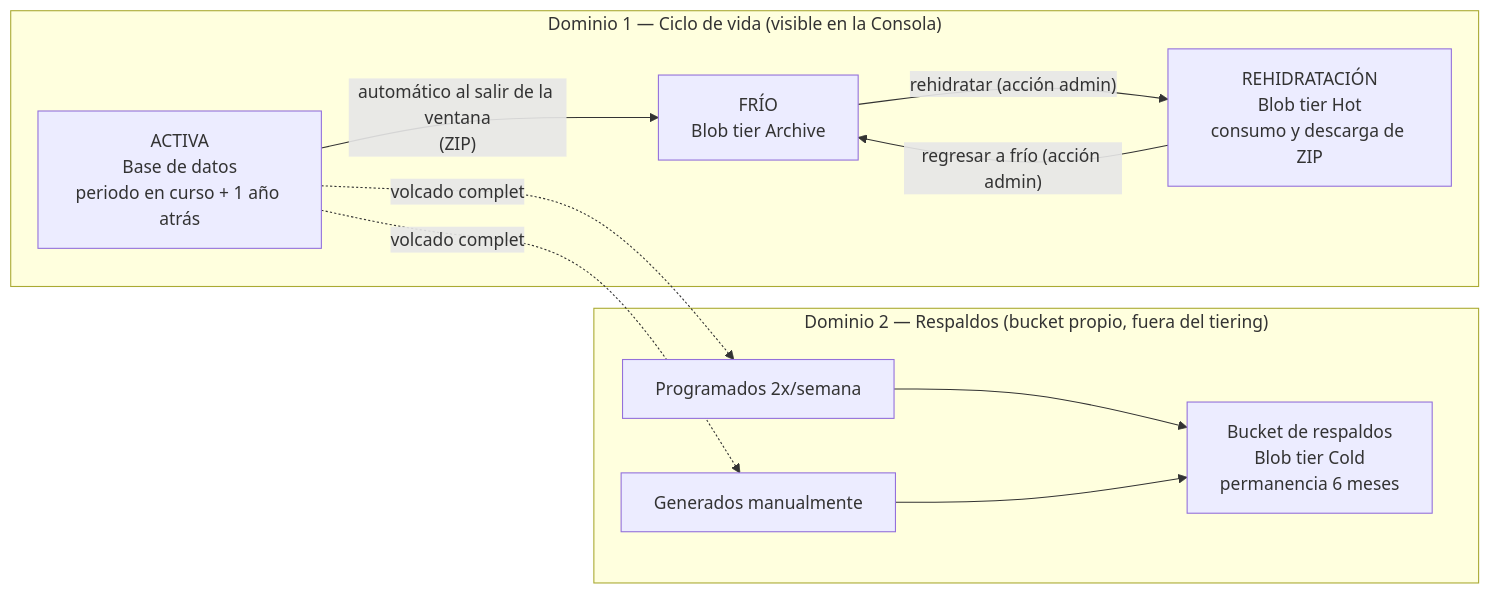
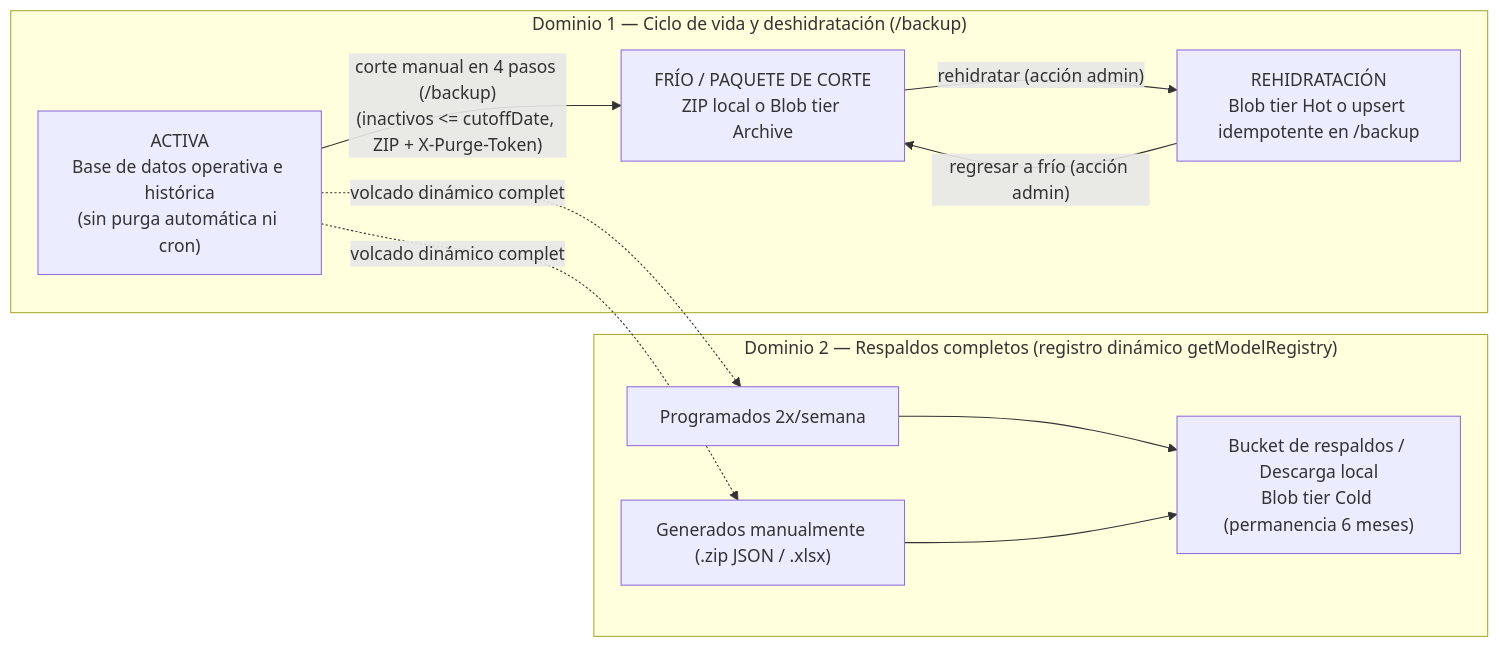
Before and after one commit to proyecto-web-abaq/documentation: the first of 4 diagrams in docs/technical/datos-respaldo-recuperacion-design.md, drawn with Mermaid. The commit also changed other lines of this file and 4 other files, not shown here.

Commit message:
docs(technical): document dynamic backup registry, 4-step cutoff flow, and immediate inactive eligibility without background cron

````diff
--- a/docs/technical/datos-respaldo-recuperacion-design.md
+++ b/docs/technical/datos-respaldo-recuperacion-design.md
@@ -25,14 +25,14 @@
 ```mermaid
 flowchart LR
-    subgraph T["Dominio 1 — Ciclo de vida (visible en la Consola)"]
-        A["ACTIVA<br/>Base de datos<br/>periodo en curso + 1 año atrás"] -->|"automático al salir de la ventana<br/>(ZIP)"| F["FRÍO<br/>Blob tier Archive"]
-        F -->|"rehidratar (acción admin)"| R["REHIDRATACIÓN<br/>Blob tier Hot<br/>consumo y descarga de ZIP"]
+    subgraph T["Dominio 1 — Ciclo de vida y deshidratación (/backup)"]
+        A["ACTIVA\nBase de datos operativa e histórica\n(sin purga automática ni cron)"] -->|"corte manual en 4 pasos (/backup)\n(inactivos <= cutoffDate, ZIP + X-Purge-Token)"| F["FRÍO / PAQUETE DE CORTE\nZIP local o Blob tier Archive"]
+        F -->|"rehidratar (acción admin)"| R["REHIDRATACIÓN\nBlob tier Hot o upsert idempotente en /backup"]
         R -->|"regresar a frío (acción admin)"| F
     end
-    subgraph B["Dominio 2 — Respaldos (bucket propio, fuera del tiering)"]
-        P["Programados 2x/semana"] --> BK["Bucket de respaldos<br/>Blob tier Cold<br/>permanencia 6 meses"]
-        M["Generados manualmente"] --> BK
+    subgraph B["Dominio 2 — Respaldos completos (registro dinámico getModelRegistry)"]
+        P["Programados 2x/semana"] --> BK["Bucket de respaldos / Descarga local\nBlob tier Cold (permanencia 6 meses)"]
+        M["Generados manualmente (.zip JSON / .xlsx)"] --> BK
     end
-    A -.volcado completo.-> P
-    A -.volcado completo.-> M
+    A -.volcado dinámico completo.-> P
+    A -.volcado dinámico completo.-> M
 ```
````
